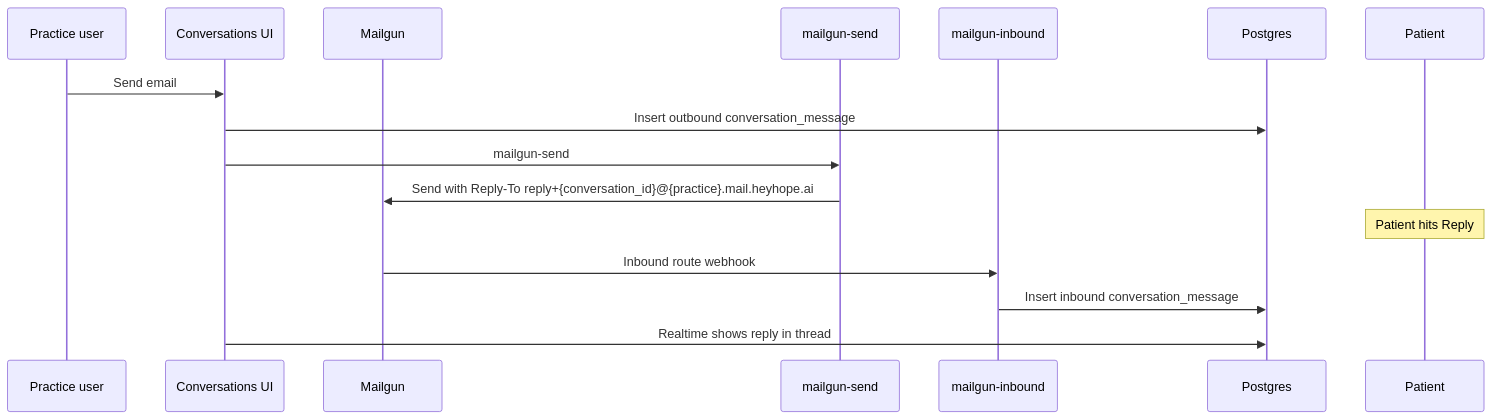
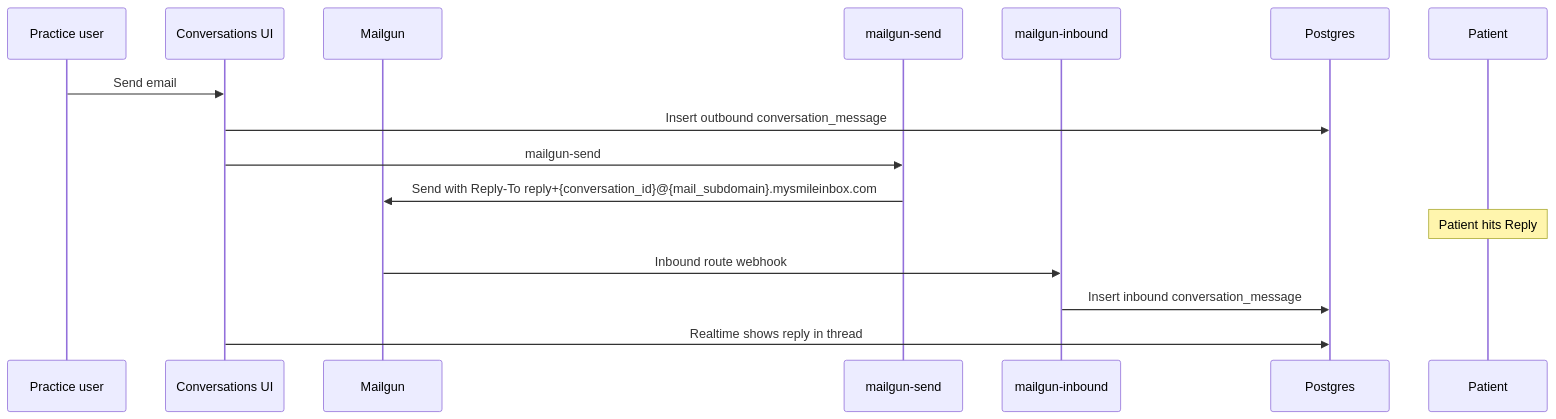
One commit to devyntgrillo-ai/saas changed the diagram in supabase/MAILGUN_INBOUND_SETUP.md. Above: the diagram before and after it, drawn with Mermaid. The commit also changed other lines of this file and 8 other files, not shown here.

````diff
--- a/supabase/MAILGUN_INBOUND_SETUP.md
+++ b/supabase/MAILGUN_INBOUND_SETUP.md
@@ -7,18 +7,18 @@
 ```mermaid
 sequenceDiagram
   participant TC as Practice user
   participant App as Conversations UI
   participant MG as Mailgun
   participant FN as mailgun-send
   participant IN as mailgun-inbound
   participant DB as Postgres
 
   TC->>App: Send email
   App->>DB: Insert outbound conversation_message
   App->>FN: mailgun-send
-  FN->>MG: Send with Reply-To reply+{conversation_id}@{practice}.mail.heyhope.ai
+  FN->>MG: Send with Reply-To reply+{conversation_id}@{mail_subdomain}.mysmileinbox.com
   Note over Patient: Patient hits Reply
   MG->>IN: Inbound route webhook
   IN->>DB: Insert inbound conversation_message
   App->>DB: Realtime shows reply in thread
 ```
````
